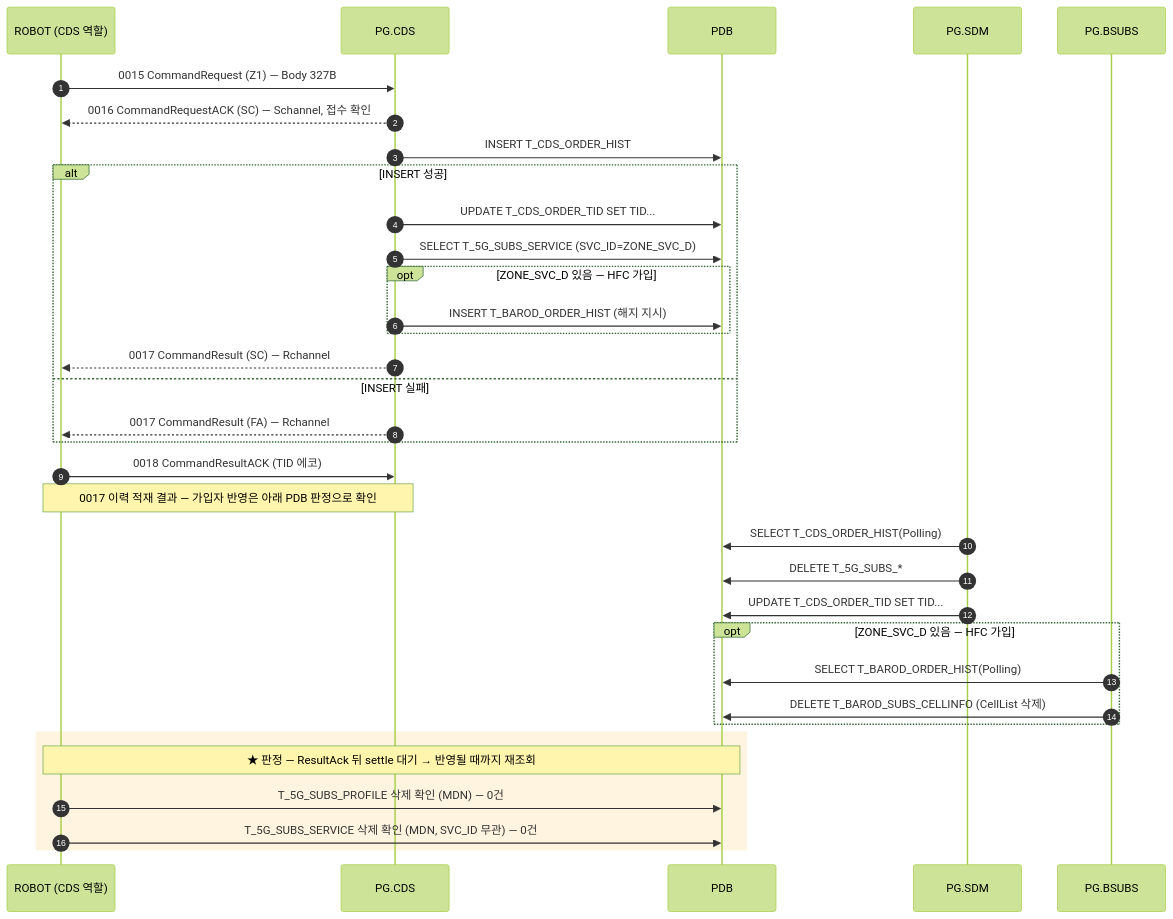
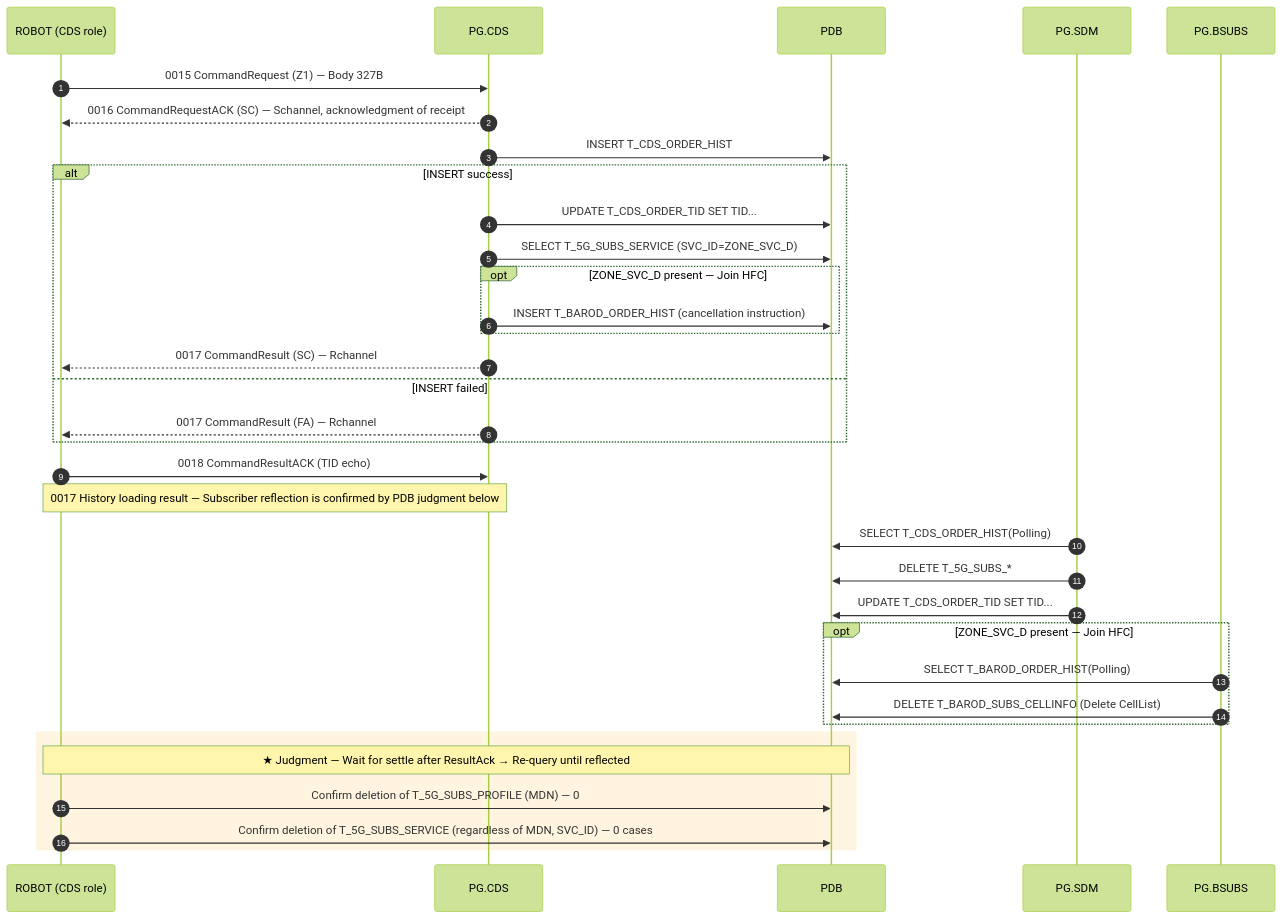
One commit to IanKim2030/tc4robot changed diagram 11 of 11 in docs/callflow/cds_callflow.md. Above: the diagram before and after it, drawn with Mermaid (forest theme). The commit also changed other lines of this file and 83 other files, not shown here.

````diff
--- a/docs/callflow/cds_callflow.md
+++ b/docs/callflow/cds_callflow.md
@@ -1093,38 +1093,38 @@
 ```mermaid
 sequenceDiagram
     autonumber
-    participant TOOL as ROBOT (CDS 역할)
+    participant TOOL as ROBOT (CDS role)
     participant PCDS as PG.CDS
     participant PDB as PDB
     participant SDM as PG.SDM
     participant BSUBS as PG.BSUBS
 
     TOOL->>PCDS: 0015 CommandRequest (Z1) — Body 327B
-    PCDS-->>TOOL: 0016 CommandRequestACK (SC) — Schannel, 접수 확인
+    PCDS-->>TOOL: 0016 CommandRequestACK (SC) — Schannel, acknowledgment of receipt
     PCDS->>PDB: INSERT T_CDS_ORDER_HIST
-    alt INSERT 성공
+    alt INSERT success
         PCDS->>PDB: UPDATE T_CDS_ORDER_TID SET TID...
         PCDS->>PDB: SELECT T_5G_SUBS_SERVICE (SVC_ID=ZONE_SVC_D)
-        opt ZONE_SVC_D 있음 — HFC 가입
-            PCDS->>PDB: INSERT T_BAROD_ORDER_HIST (해지 지시)
+        opt ZONE_SVC_D present — Join HFC
+            PCDS->>PDB: INSERT T_BAROD_ORDER_HIST (cancellation instruction)
         end
         PCDS-->>TOOL: 0017 CommandResult (SC) — Rchannel
-    else INSERT 실패
+    else INSERT failed
         PCDS-->>TOOL: 0017 CommandResult (FA) — Rchannel
     end
-    TOOL->>PCDS: 0018 CommandResultACK (TID 에코)
-    Note over TOOL,PCDS: 0017 이력 적재 결과 — 가입자 반영은 아래 PDB 판정으로 확인
+    TOOL->>PCDS: 0018 CommandResultACK (TID echo)
+    Note over TOOL,PCDS: 0017 History loading result — Subscriber reflection is confirmed by PDB judgment below
 
     SDM->>PDB: SELECT T_CDS_ORDER_HIST(Polling)
     SDM->>PDB: DELETE T_5G_SUBS_*
     SDM->>PDB: UPDATE T_CDS_ORDER_TID SET TID...
-    opt ZONE_SVC_D 있음 — HFC 가입
+    opt ZONE_SVC_D present — Join HFC
         BSUBS->>PDB: SELECT T_BAROD_ORDER_HIST(Polling)
-        BSUBS->>PDB: DELETE T_BAROD_SUBS_CELLINFO (CellList 삭제)
+        BSUBS->>PDB: DELETE T_BAROD_SUBS_CELLINFO (Delete CellList)
     end
     rect rgba(255, 176, 32, 0.14)
-    Note over TOOL,PDB: ★ 판정 — ResultAck 뒤 settle 대기 → 반영될 때까지 재조회
-        TOOL->>PDB: T_5G_SUBS_PROFILE 삭제 확인 (MDN) — 0건
-        TOOL->>PDB: T_5G_SUBS_SERVICE 삭제 확인 (MDN, SVC_ID 무관) — 0건
+    Note over TOOL, PDB: ★ Judgment — Wait for settle after ResultAck → Re-query until reflected
+        TOOL->>PDB: Confirm deletion of T_5G_SUBS_PROFILE (MDN) — 0
+        TOOL->>PDB: Confirm deletion of T_5G_SUBS_SERVICE (regardless of MDN, SVC_ID) — 0 cases
     end
 ```
````
